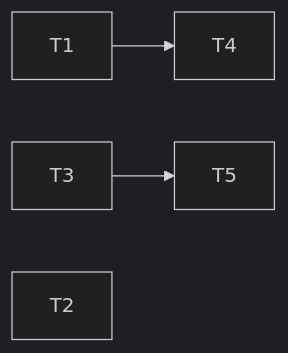
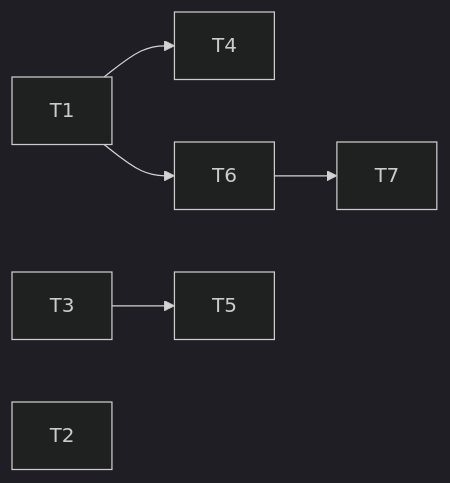
The diagram in .workflow/specs/006-result-file-guard/tasks.md (TajVirani/llm-scaffold-claude), drawn with Mermaid (dark theme) before and after one commit. The commit also changed other lines of this file and 4 other files, not shown here.

````diff
--- a/.workflow/specs/006-result-file-guard/tasks.md
+++ b/.workflow/specs/006-result-file-guard/tasks.md
@@ -126,6 +166,8 @@
 ```mermaid
 graph LR
   T1 --> T4
   T3 --> T5
+  T1 --> T6
+  T6 --> T7
   T2
 ```
````
